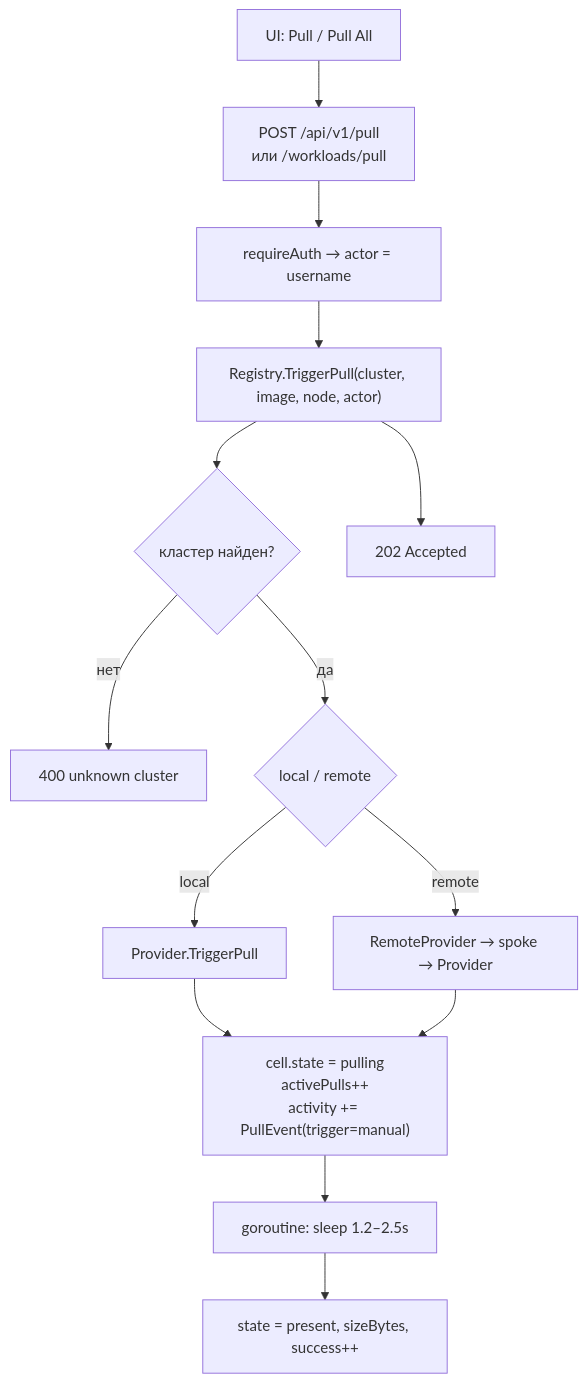
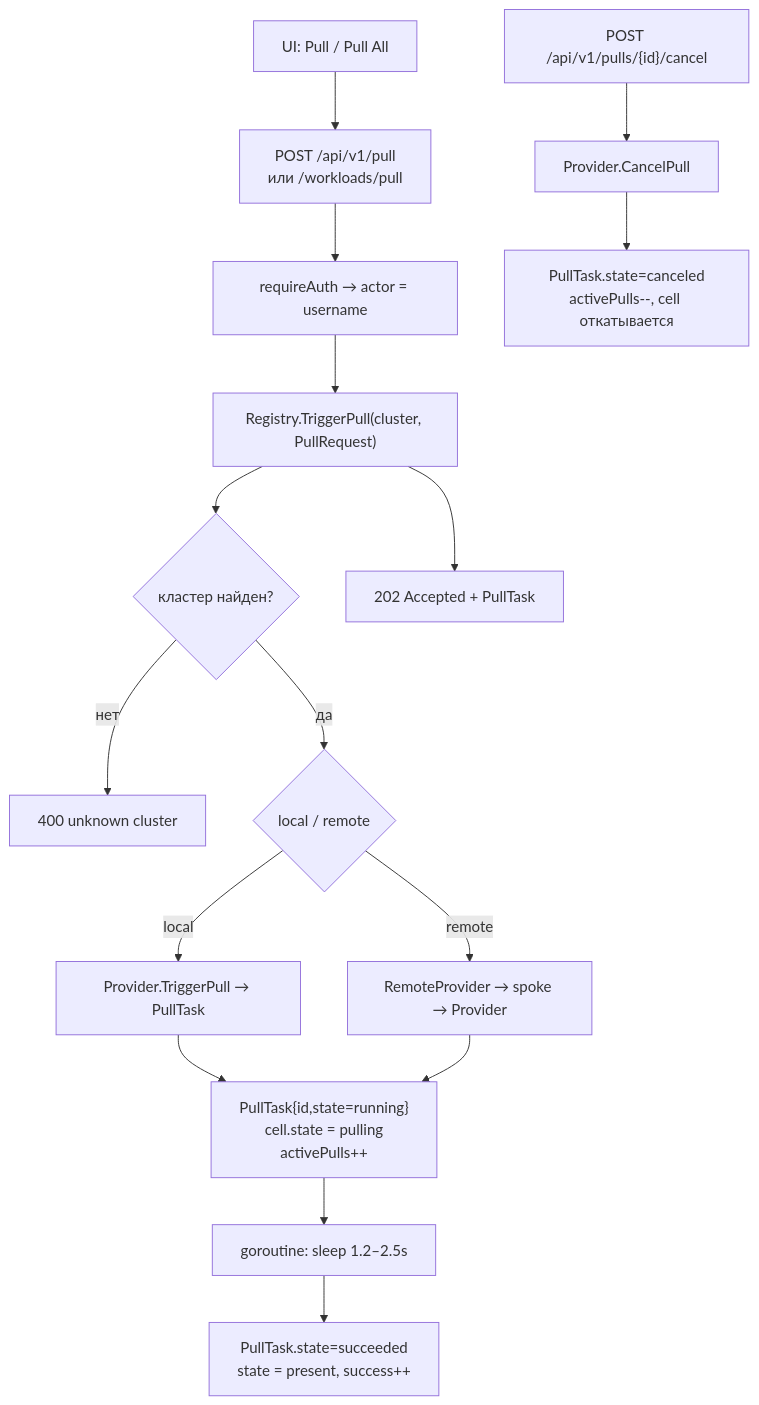
Before and after one commit to vasyakrg/image-prepuller: the ninth of 11 diagrams in docs/architecture.md, drawn with Mermaid. The commit also changed other lines of this file and 28 other files, not shown here.

````diff
--- a/docs/architecture.md
+++ b/docs/architecture.md
@@ -332,16 +374,18 @@
 ```mermaid
 flowchart TD
     A["UI: Pull / Pull All"] --> B["POST /api/v1/pull<br/>или /workloads/pull"]
     B --> C["requireAuth → actor = username"]
-    C --> D["Registry.TriggerPull(cluster, image, node, actor)"]
+    C --> D["Registry.TriggerPull(cluster, PullRequest)"]
     D --> E{"кластер найден?"}
     E -->|нет| F["400 unknown cluster"]
     E -->|да| G{"local / remote"}
-    G -->|local| H["Provider.TriggerPull"]
+    G -->|local| H["Provider.TriggerPull → PullTask"]
     G -->|remote| I["RemoteProvider → spoke → Provider"]
-    H --> J["cell.state = pulling<br/>activePulls++<br/>activity += PullEvent(trigger=manual)"]
+    H --> J["PullTask{id,state=running}<br/>cell.state = pulling<br/>activePulls++"]
     J --> K["goroutine: sleep 1.2–2.5s"]
-    K --> L["state = present, sizeBytes, success++"]
+    K --> L["PullTask.state=succeeded<br/>state = present, success++"]
     I --> J
-    D --> M["202 Accepted"]
+    D --> M["202 Accepted + PullTask"]
+    N["POST /api/v1/pulls/{id}/cancel"] --> O["Provider.CancelPull"]
+    O --> P["PullTask.state=canceled<br/>activePulls--, cell откатывается"]
 ```
````
